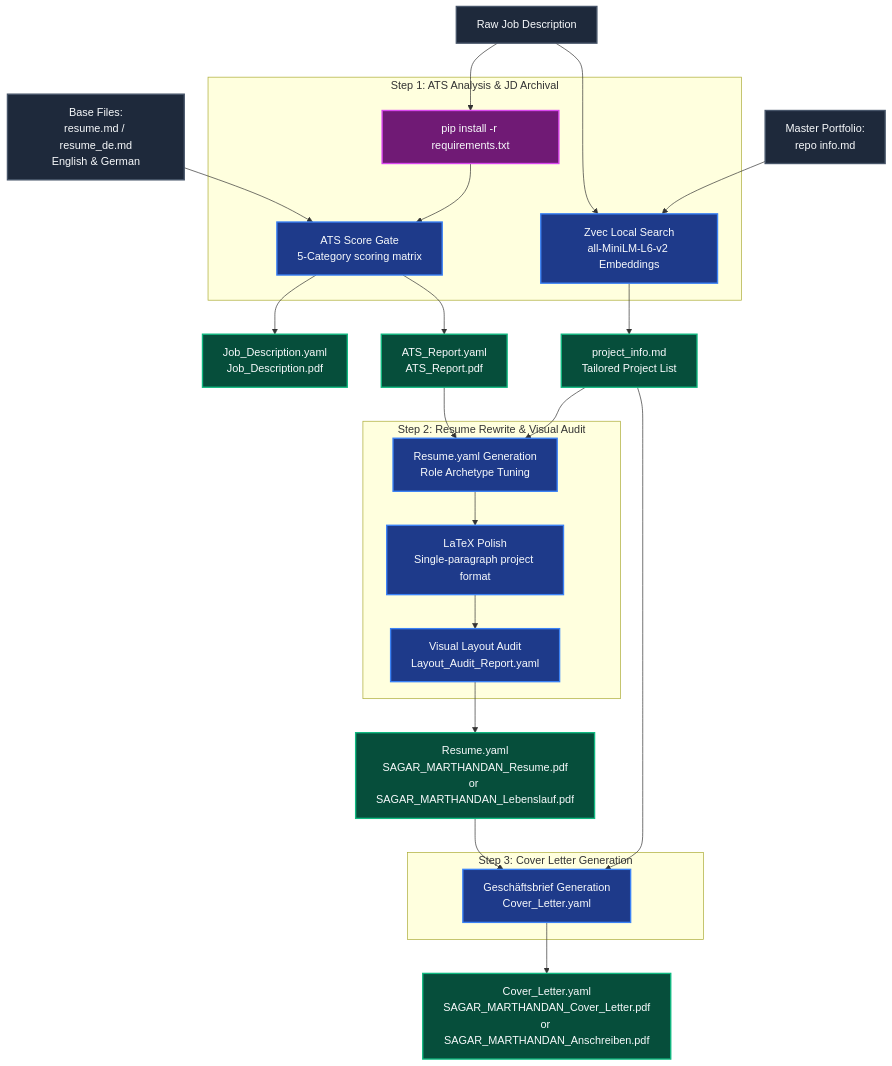
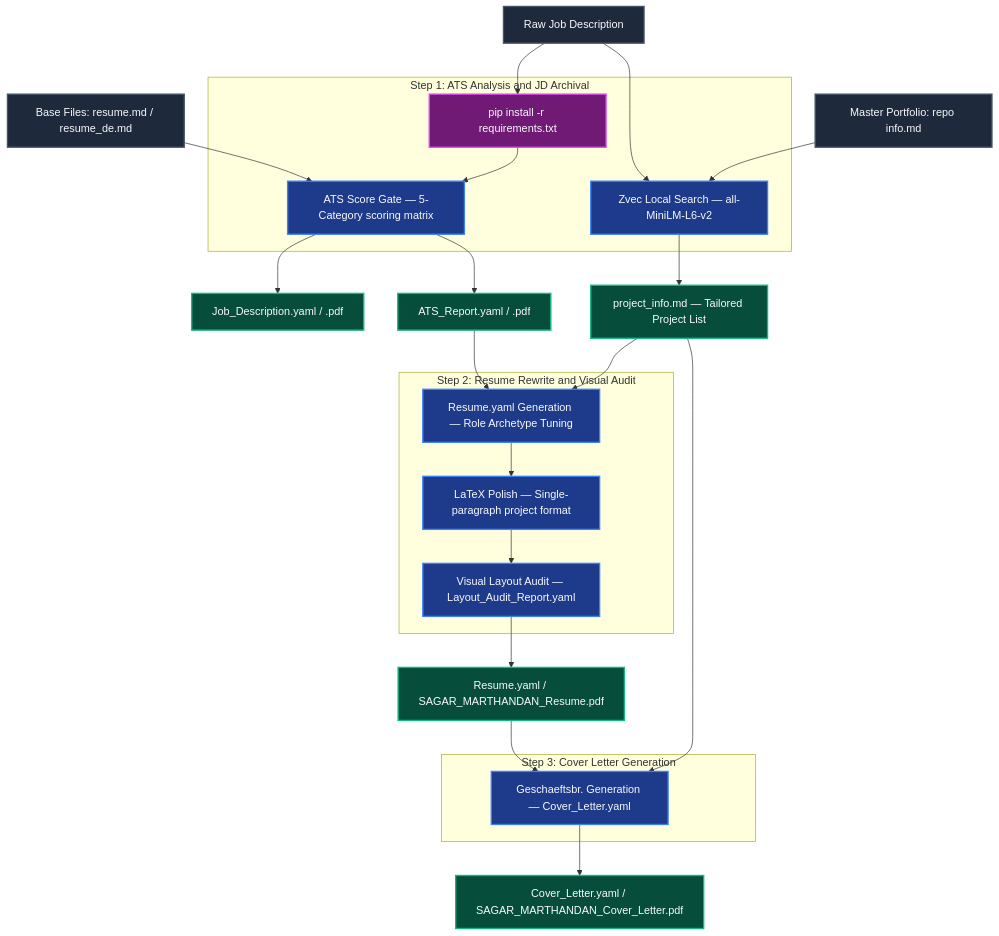
The diagram in README.md (SagarMarthandan/yaml-cv-pipeline), drawn with Mermaid before and after one commit.

Commit message:
readme-fix

````diff
--- a/README.md
+++ b/README.md
@@ -11,56 +11,58 @@
 ```mermaid
 graph TD
     %% Base Styling
     classDef input fill:#1e293b,stroke:#475569,stroke-width:2px,color:#f8fafc;
     classDef processing fill:#1e3a8a,stroke:#3b82f6,stroke-width:2px,color:#f8fafc;
     classDef output fill:#064e3b,stroke:#10b981,stroke-width:2px,color:#f8fafc;
     classDef system fill:#701a75,stroke:#d946ef,stroke-width:2px,color:#f8fafc;
 
     %% Elements
     JD[Raw Job Description]:::input
-    BaseFiles[Base Files:<br>resume.md / resume_de.md<br>English & German]:::input
-    RepoInfo[Master Portfolio:<br>repo info.md]:::input
+    BaseFiles["Base Files: resume.md / resume_de.md"]:::input
+    RepoInfo["Master Portfolio: repo info.md"]:::input
 
-    subgraph Step1 [Step 1: ATS Analysis & JD Archival]
+    subgraph Step1 ["Step 1: ATS Analysis and JD Archival"]
         Deps[pip install -r requirements.txt]:::system
-        ATS[ATS Score Gate<br>5-Category scoring matrix]:::processing
-        Zvec[Zvec Local Search<br>all-MiniLM-L6-v2 Embeddings]:::processing
+        ATS["ATS Score Gate — 5-Category scoring matrix"]:::processing
+        Zvec["Zvec Local Search — all-MiniLM-L6-v2"]:::processing
     end
 
-    subgraph Step2 [Step 2: Resume Rewrite & Visual Audit]
-        Rewrite[Resume.yaml Generation<br>Role Archetype Tuning]:::processing
-        LaTeX[LaTeX Polish<br>Single-paragraph project format]:::processing
-        Audit[Visual Layout Audit<br>Layout_Audit_Report.yaml]:::processing
+    subgraph Step2 ["Step 2: Resume Rewrite and Visual Audit"]
+        Rewrite["Resume.yaml Generation — Role Archetype Tuning"]:::processing
+        LaTeX["LaTeX Polish — Single-paragraph project format"]:::processing
+        Audit["Visual Layout Audit — Layout_Audit_Report.yaml"]:::processing
     end
 
-    subgraph Step3 [Step 3: Cover Letter Generation]
-        CL[Geschäftsbrief Generation<br>Cover_Letter.yaml]:::processing
+    subgraph Step3 ["Step 3: Cover Letter Generation"]
+        CL["Geschaeftsbr. Generation — Cover_Letter.yaml"]:::processing
     end
 
     %% Pipeline Outputs
-    OutJD[Job_Description.yaml<br>Job_Description.pdf]:::output
-    OutATS[ATS_Report.yaml<br>ATS_Report.pdf]:::output
-    OutProj[project_info.md<br>Tailored Project List]:::output
-    OutRes[Resume.yaml<br>SAGAR_MARTHANDAN_Resume.pdf<br>or SAGAR_MARTHANDAN_Lebenslauf.pdf]:::output
-    OutCL[Cover_Letter.yaml<br>SAGAR_MARTHANDAN_Cover_Letter.pdf<br>or SAGAR_MARTHANDAN_Anschreiben.pdf]:::output
+    OutJD["Job_Description.yaml / .pdf"]:::output
+    OutATS["ATS_Report.yaml / .pdf"]:::output
+    OutProj["project_info.md — Tailored Project List"]:::output
+    OutRes["Resume.yaml / SAGAR_MARTHANDAN_Resume.pdf"]:::output
+    OutCL["Cover_Letter.yaml / SAGAR_MARTHANDAN_Cover_Letter.pdf"]:::output
 
     %% Flow Connections
     JD --> Deps
     Deps --> ATS
     BaseFiles --> ATS
-    
+
     RepoInfo --> Zvec
     JD --> Zvec
-    
+
     ATS --> OutATS
     ATS --> OutJD
     Zvec --> OutProj
-    
-    OutProj & OutATS --> Rewrite
+
+    OutProj --> Rewrite
+    OutATS --> Rewrite
     Rewrite --> LaTeX
     LaTeX --> Audit
     Audit --> OutRes
-    
-    OutProj & OutRes --> CL
+
+    OutProj --> CL
+    OutRes --> CL
     CL --> OutCL
 ```
````
